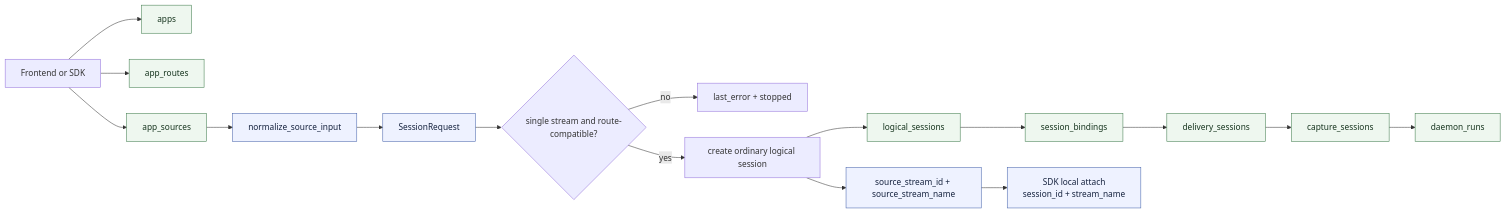
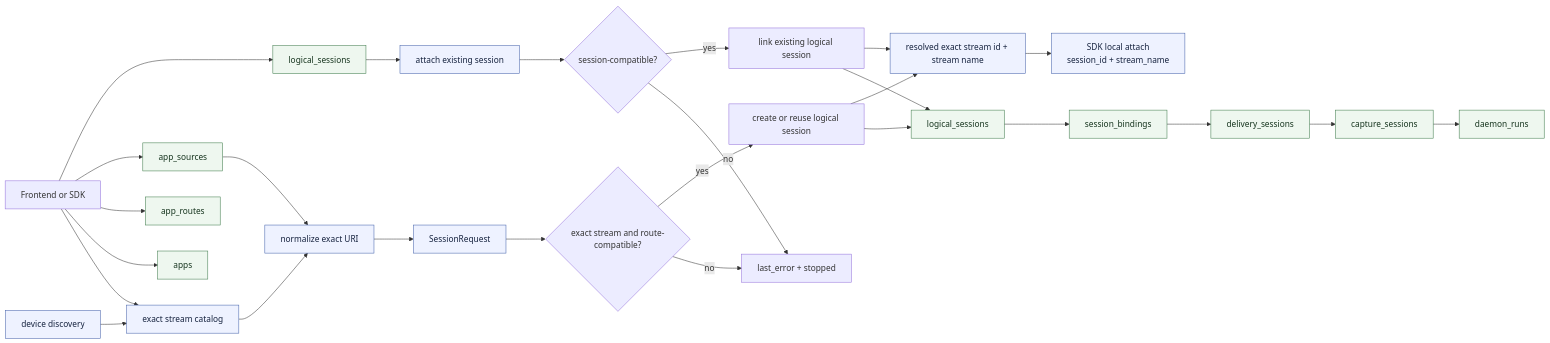
One commit to YixinZ-NUS/insight-io changed the diagram in docs/diagram/intent-routing-runtime.md. Above: the diagram before and after it, drawn with Mermaid. The commit also changed 61 other files, not shown here.

Commit message:
docs: reset insight-io to exact-stream docs baseline

````diff
--- a/docs/diagram/intent-routing-runtime.md
+++ b/docs/diagram/intent-routing-runtime.md
@@ -3,26 +3,36 @@
 ```mermaid
 flowchart LR
-    UI[Frontend or SDK] --> Apps[apps]
+    Discovery[device discovery] --> Catalog[exact stream catalog]
+    UI[Frontend or SDK] --> Catalog
+    UI --> Apps[apps]
     UI --> Routes[app_routes]
     UI --> Sources[app_sources]
+    UI --> Sessions[logical_sessions]
 
-    Sources --> Normalize[normalize_source_input]
+    Sources --> Normalize[normalize exact URI]
+    Sessions --> AttachExisting[attach existing session]
+    Catalog --> Normalize
     Normalize --> Request[SessionRequest]
-    Request --> Validate{single stream and route-compatible?}
+    Request --> Validate{exact stream and route-compatible?}
+    AttachExisting --> ValidateExisting{session-compatible?}
     Validate -->|no| Reject[last_error + stopped]
-    Validate -->|yes| Create[create ordinary logical session]
+    ValidateExisting -->|no| Reject
+    Validate -->|yes| Create[create or reuse logical session]
+    ValidateExisting -->|yes| Link[link existing logical session]
 
     Create --> Logical[logical_sessions]
+    Link --> Logical
     Logical --> Bindings[session_bindings]
     Bindings --> Delivery[delivery_sessions]
     Delivery --> Capture[capture_sessions]
     Capture --> Runs[daemon_runs]
 
-    Create --> Stream[source_stream_id + source_stream_name]
+    Create --> Stream[resolved exact stream id + stream name]
+    Link --> Stream
     Stream --> Attach[SDK local attach<br/>session_id + stream_name]
 
     classDef durable fill:#eef7ef,stroke:#3d7a4a,color:#17351f;
     classDef runtime fill:#eef2ff,stroke:#4361aa,color:#16233f;
-    class Apps,Routes,Sources,Logical,Bindings,Delivery,Capture,Runs durable;
-    class Normalize,Request,Stream,Attach runtime;
+    class Apps,Routes,Sources,Sessions,Logical,Bindings,Delivery,Capture,Runs durable;
+    class Discovery,Catalog,Normalize,Request,AttachExisting,Stream,Attach runtime;
 ```
````
